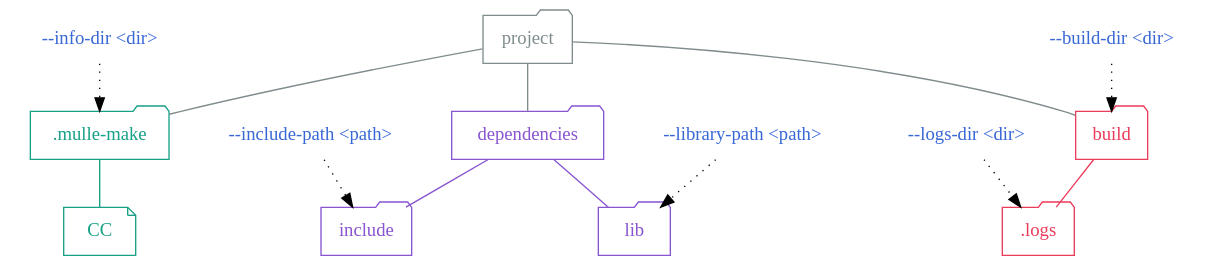
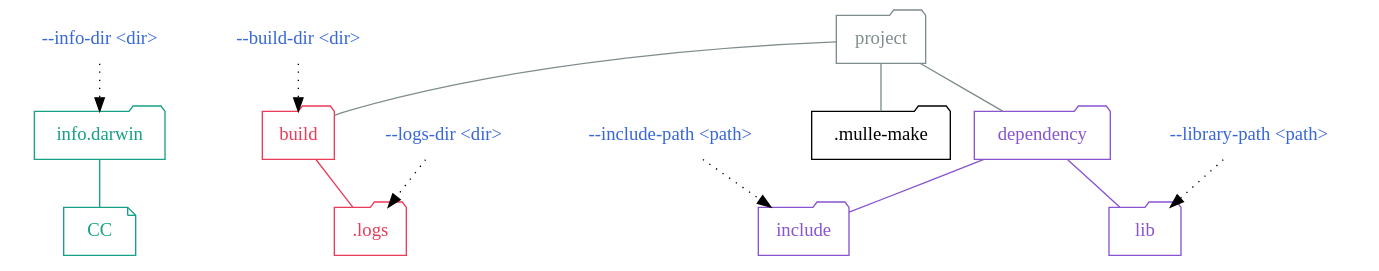
Before and after one commit to mulle-sde/mulle-make: the diagram in dox/overview.dot, drawn with Graphviz. The commit also changed 7 other files, not shown here.

Commit message:
* mulle-make does not look for a default .mulle-make folder anymore

```diff
--- a/dox/overview.dot
+++ b/dox/overview.dot
@@ -1,40 +1,40 @@
 digraph G {
     graph [rankdir = TD];
 
     node[ shape=folder];
 
     "--info-dir <dir>"                  [ shape="none", fontcolor="#3867d6" ]
-    "--info-dir <dir>" -> ".mulle-make" [ style="dotted"]
+    "--info-dir <dir>" -> "info.darwin" [ style="dotted"]
 
     "--build-dir <dir>"                  [ shape="none", fontcolor="#3867d6" ]
     "--build-dir <dir>" -> "build"       [ style="dotted"]
 
     "--logs-dir <dir>"                   [ shape="none", fontcolor="#3867d6" ]
     "--logs-dir <dir>" -> ".logs"        [ style="dotted"]
 
     "--include-path <path>"              [ shape="none", fontcolor="#3867d6" ]
     "--include-path <path>" -> "include" [ style="dotted"]
 
     "--library-path <path>"              [ shape="none", fontcolor="#3867d6" ]
     "--library-path <path>" -> "lib"     [ style="dotted"]
 
     ".logs"                          [ color="#eb3b5a", fontcolor="#eb3b5a" ]
-    ".mulle-make"                    [ color="#16a085", fontcolor="#16a085" ]
+    "info.darwin"                    [ color="#16a085", fontcolor="#16a085" ]
     "build"                          [ color="#16a085", fontcolor="#16a085" ]
     "build"                          [ color="#eb3b5a", fontcolor="#eb3b5a" ]
-    "dependencies"                   [ color="#8854d0", fontcolor="#8854d0" ]
+    "dependency"                     [ color="#8854d0", fontcolor="#8854d0" ]
     "include"                        [ color="#8854d0", fontcolor="#8854d0" ]
     "lib"                            [ color="#8854d0", fontcolor="#8854d0" ]
     "project"                        [ color="#7f8c8d", fontcolor="#7f8c8d" ]
 
-    "project"      -> ".mulle-make"   [ arrowhead="none", color="#7f8c8d" ]
-    "project"      -> "build"         [ arrowhead="none", color="#7f8c8d" ]
-    "project"      -> "dependencies"  [ arrowhead="none", color="#7f8c8d" ]
-    "dependencies" -> "lib"           [ arrowhead="none", color="#8854d0" ]
-    "dependencies" -> "include"       [ arrowhead="none", color="#8854d0" ]
-    "build" -> ".logs"                [ arrowhead="none", color="#eb3b5a" ]
+    "project"    -> ".mulle-make"   [ arrowhead="none", color="#7f8c8d" ]
+    "project"    -> "build"         [ arrowhead="none", color="#7f8c8d" ]
+    "project"    -> "dependency"    [ arrowhead="none", color="#7f8c8d" ]
+    "dependency" -> "lib"           [ arrowhead="none", color="#8854d0" ]
+    "dependency" -> "include"       [ arrowhead="none", color="#8854d0" ]
+    "build" -> ".logs"              [ arrowhead="none", color="#eb3b5a" ]
 
-    ".mulle-make" -> "CC"            [ arrowhead="none", color="#16a085" ]
+    "info.darwin" -> "CC"             [ arrowhead="none", color="#16a085" ]
 
     "CC"            [ shape="note", color="#16a085", fontcolor="#16a085" ]
 }
```
